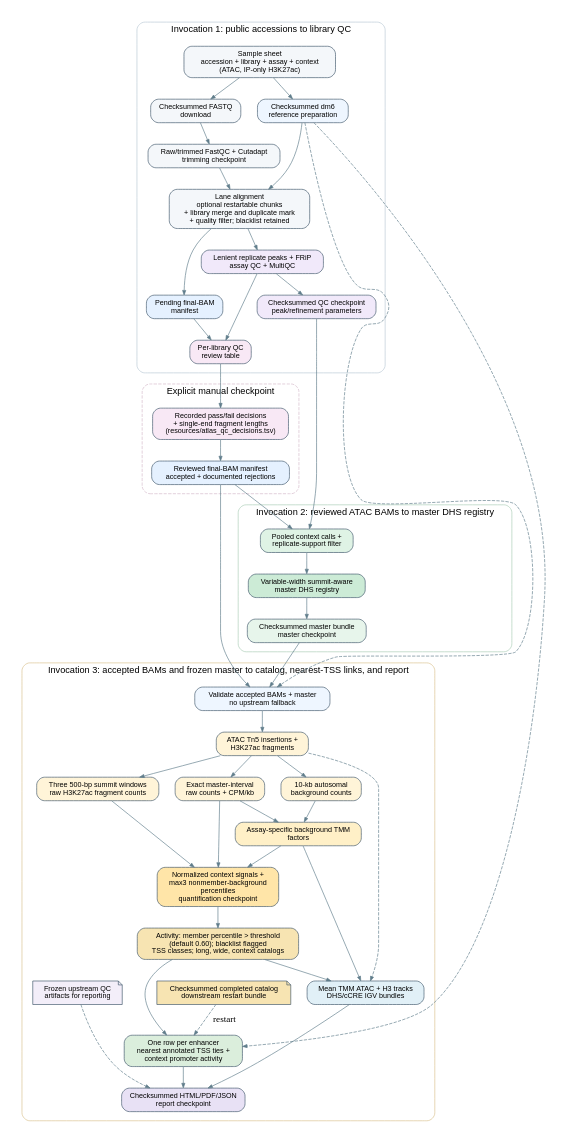
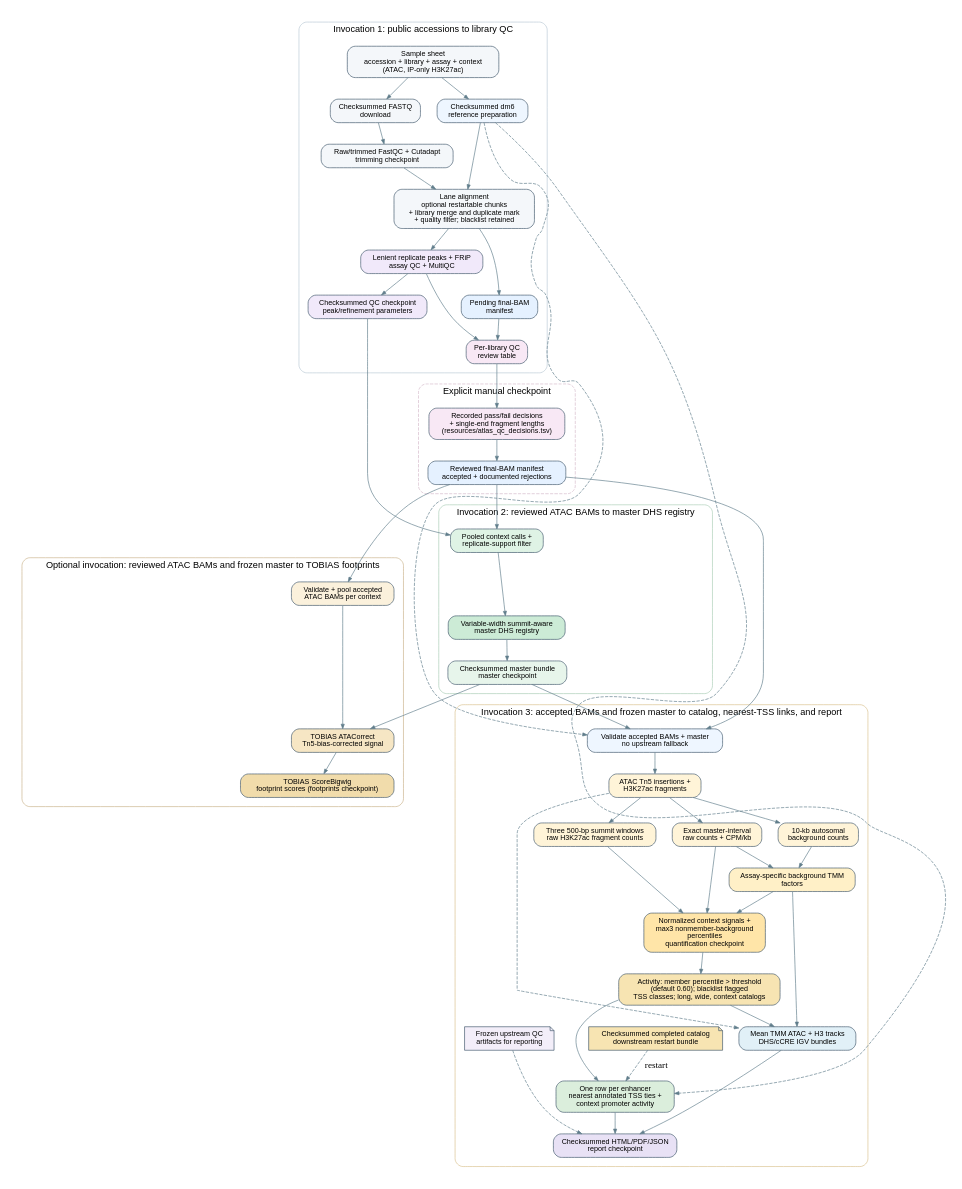
The diagram in docs/workflow-dag.dot (NicolasFrankel-lab/drosophila-cCREs), drawn with Graphviz before and after one commit. The commit also changed 15 other files, not shown here.

First line of the commit message:
Add an optional TOBIAS footprinting stage

```diff
--- a/docs/workflow-dag.dot
+++ b/docs/workflow-dag.dot
@@ -1,110 +1,125 @@
 digraph workflow {
   graph [rankdir=TB, bgcolor="#ffffff", pad=0.25, nodesep=0.35,
          ranksep=0.45, newrank=true, compound=true, fontname="Helvetica"];
   node [shape=box, style="rounded,filled", fontname="Helvetica", fontsize=11,
         color="#40566b", fillcolor="#f4f7fa", margin="0.13,0.08"];
   edge [color="#607d8b", arrowsize=0.7];
 
   subgraph cluster_qc {
     label="Invocation 1: public accessions to library QC";
     color="#b8c8d4";
     style="rounded";
     margin=14;
 
     inputs [label="Sample sheet\naccession + library + assay + context\n(ATAC, IP-only H3K27ac)"];
     download [label="Checksummed FASTQ\ndownload"];
     reference [label="Checksummed dm6\nreference preparation", fillcolor="#eef6ff"];
     trim [label="Raw/trimmed FastQC + Cutadapt\ntrimming checkpoint"];
     align [label="Lane alignment\noptional restartable chunks\n+ library merge and duplicate mark\n+ quality filter; blacklist retained"];
     bammanifest [label="Pending final-BAM\nmanifest", fillcolor="#e5f1ff"];
     qc [label="Lenient replicate peaks + FRiP\nassay QC + MultiQC", fillcolor="#f1e9fa"];
     qccheckpoint [label="Checksummed QC checkpoint\npeak/refinement parameters", fillcolor="#f1e9fa"];
     reviewtable [label="Per-library QC\nreview table", fillcolor="#f8e8f5"];
 
     inputs -> download -> trim -> align;
     inputs -> reference;
     reference -> align;
     align -> bammanifest;
     align -> qc;
     qc -> qccheckpoint;
     bammanifest -> reviewtable;
     qc -> reviewtable;
     {rank=same; download; reference;}
     {rank=same; bammanifest; qccheckpoint;}
   }
 
   subgraph cluster_review {
     label="Explicit manual checkpoint";
     color="#d4b8ca";
     style="rounded,dashed";
     margin=14;
 
     review [label="Recorded pass/fail decisions\n+ single-end fragment lengths\n(resources/atlas_qc_decisions.tsv)", fillcolor="#f8e8f5"];
     reviewedbam [label="Reviewed final-BAM manifest\naccepted + documented rejections", fillcolor="#e5f1ff"];
 
     review -> reviewedbam;
   }
 
   subgraph cluster_master {
     label="Invocation 2: reviewed ATAC BAMs to master DHS registry";
     color="#a9ccb5";
     style="rounded";
     margin=14;
 
     context [label="Pooled context calls +\nreplicate-support filter", fillcolor="#dff3e5"];
     master [label="Variable-width summit-aware\nmaster DHS registry", fillcolor="#ccebd6"];
     mastermanifest [label="Checksummed master bundle\nmaster checkpoint", fillcolor="#e7f5eb"];
 
     context -> master -> mastermanifest;
   }
 
   subgraph cluster_activity {
     label="Invocation 3: accepted BAMs and frozen master to catalog, nearest-TSS links, and report";
     color="#d9c18c";
     style="rounded";
     margin=14;
 
     validate [label="Validate accepted BAMs + master\nno upstream fallback", fillcolor="#eef6ff"];
     units [label="ATAC Tn5 insertions +\nH3K27ac fragments", fillcolor="#fff4d8"];
     exact [label="Exact master-interval\nraw counts + CPM/kb", fillcolor="#fff4d8"];
     background [label="10-kb autosomal\nbackground counts", fillcolor="#fff4d8"];
     windows [label="Three 500-bp summit windows\nraw H3K27ac fragment counts", fillcolor="#fff4d8"];
     tmm [label="Assay-specific background TMM\nfactors", fillcolor="#fff0c7"];
     quantify [label="Normalized context signals +\nmax3 nonmember-background\npercentiles\nquantification checkpoint", fillcolor="#ffe5a8"];
     catalog [label="Activity: member percentile > threshold\n(default 0.60); blacklist flagged\nTSS classes; long, wide, context catalogs", fillcolor="#f7e4b2"];
     catalogbundle [label="Checksummed completed catalog\ndownstream restart bundle", shape=note, fillcolor="#f7e4b2"];
     browser [label="Mean TMM ATAC + H3 tracks\nDHS/cCRE IGV bundles", fillcolor="#e1f0f7"];
     nearestwide [label="One row per enhancer\nnearest annotated TSS ties +\ncontext promoter activity", fillcolor="#dbeedc"];
     sources [label="Frozen upstream QC\nartifacts for reporting", shape=note, fillcolor="#f3eef9"];
     report [label="Checksummed HTML/PDF/JSON\nreport checkpoint", fillcolor="#e8e1f5"];
 
     validate -> units;
     units -> exact;
     units -> background;
     units -> windows;
     exact -> tmm;
     background -> tmm;
     exact -> quantify;
     tmm -> quantify;
     windows -> quantify;
     quantify -> catalog;
     units -> browser [style=dashed];
     tmm -> browser;
     catalog -> browser;
     catalog -> nearestwide;
     catalogbundle -> nearestwide [style=dashed, label="restart"];
     browser -> report;
     nearestwide -> report;
     sources -> report [style=dashed];
     {rank=same; exact; background; windows;}
     {rank=same; browser; sources; catalogbundle;}
   }
 
+  subgraph cluster_footprints {
+    label="Optional invocation: reviewed ATAC BAMs and frozen master to TOBIAS footprints";
+    color="#c9b38a";
+    style="rounded";
+    margin=14;
+
+    fpmerge [label="Validate + pool accepted\nATAC BAMs per context", fillcolor="#fbf1dc"];
+    fpcorrect [label="TOBIAS ATACorrect\nTn5-bias-corrected signal", fillcolor="#f6e6c4"];
+    fpscore [label="TOBIAS ScoreBigwig\nfootprint scores (footprints checkpoint)", fillcolor="#f1dcab"];
+
+    fpmerge -> fpcorrect -> fpscore;
+  }
+
   reviewtable -> review;
   reviewedbam -> context;
   qccheckpoint -> context;
   reviewedbam -> validate;
   mastermanifest -> validate;
   reference -> validate [style=dashed, constraint=false];
   reference -> nearestwide [style=dashed, constraint=false];
+  reviewedbam -> fpmerge;
+  mastermanifest -> fpcorrect;
 }
```
